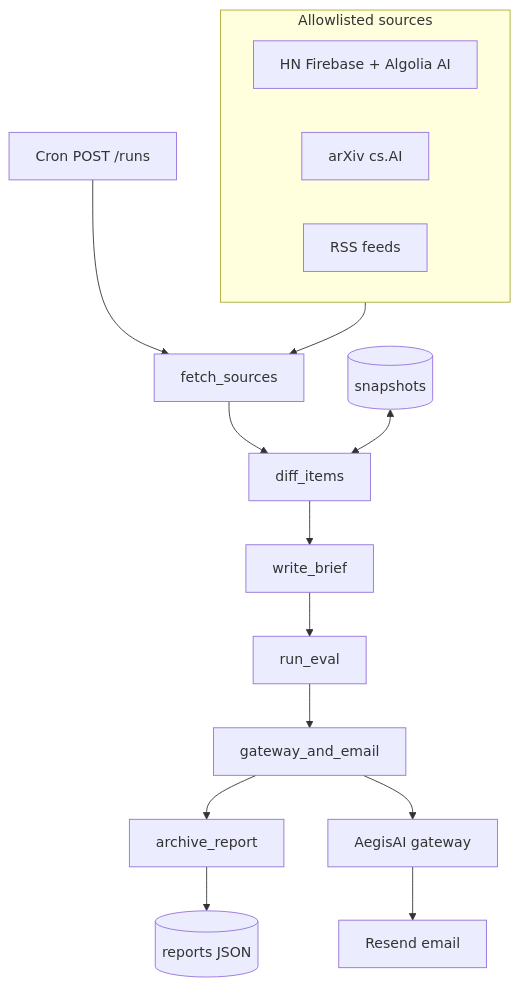
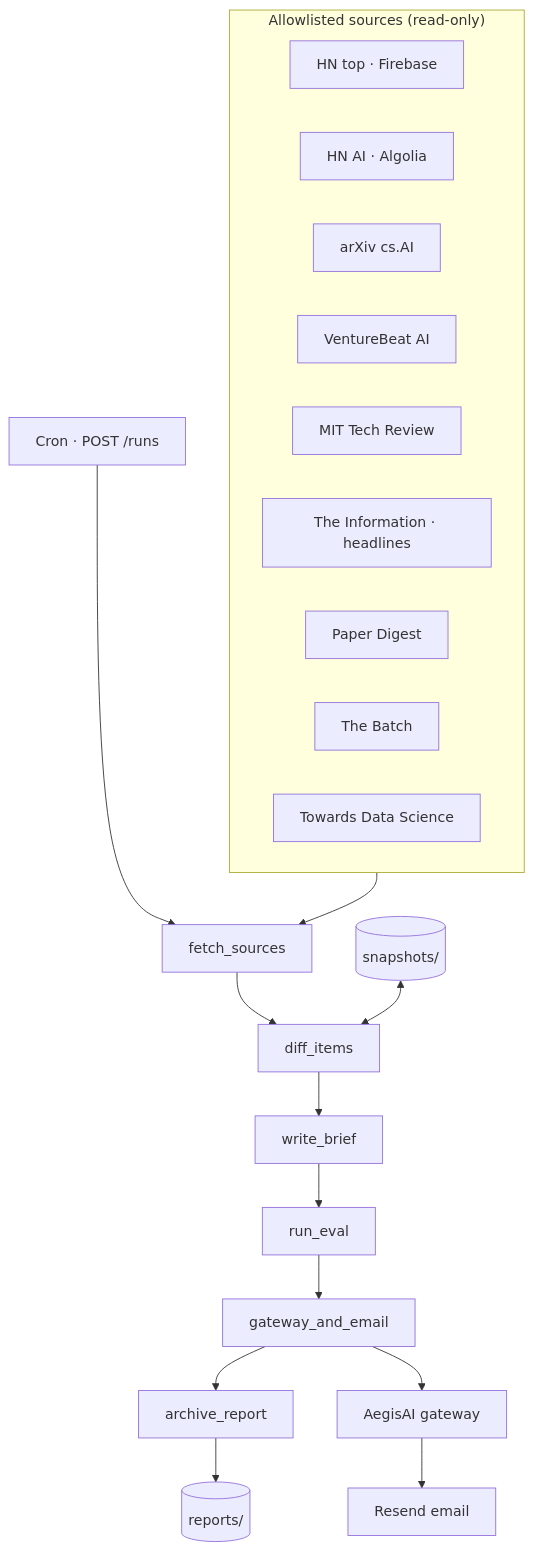
Before and after one commit to vpeetla-ai/ai-architecture-portfolio: the diagram in case-studies/sentinel-brief.md, drawn with Mermaid.

Commit message:
Sync Sentinel Brief case study diagram with canonical architecture.

````diff
--- a/case-studies/sentinel-brief.md
+++ b/case-studies/sentinel-brief.md
@@ -12,21 +12,26 @@
 ```mermaid
 flowchart TB
-  CRON[Cron POST /runs] --> FETCH[fetch_sources]
+  CRON["Cron · POST /runs"] --> FETCH[fetch_sources]
   FETCH --> DIFF[diff_items]
   DIFF --> BRIEF[write_brief]
   BRIEF --> EVAL[run_eval]
   EVAL --> GW[gateway_and_email]
   GW --> ARCH[archive_report]
 
-  subgraph sources [Allowlisted sources]
-    HN[HN Firebase + Algolia AI]
+  subgraph sources["Allowlisted sources (read-only)"]
+    HN1[HN top · Firebase]
+    HN2[HN AI · Algolia]
     ARX[arXiv cs.AI]
-    RSS[RSS feeds]
+    VB[VentureBeat AI]
+    MIT[MIT Tech Review]
+    INFO[The Information · headlines]
+    PD[Paper Digest]
+    BATCH[The Batch]
+    TDS[Towards Data Science]
   end
 
   sources --> FETCH
-  SNAP[(snapshots)] <--> DIFF
-  ARCH --> REP[(reports JSON)]
-  GW --> AEGIS[AegisAI gateway]
-  AEGIS --> RESEND[Resend email]
+  SNAP[(snapshots/)] <--> DIFF
+  ARCH --> REP[(reports/)]
+  GW --> AEGIS[AegisAI gateway] --> MAIL[Resend email]
 ```
````
